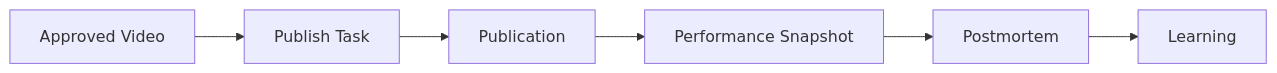
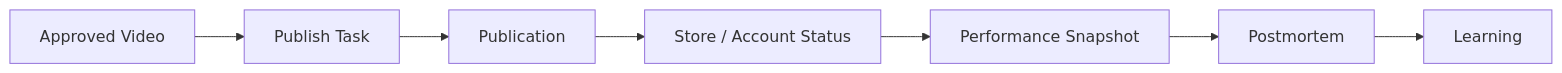
Before and after one commit to SONG-36/TK_Video_Intelligence_Workbench: the fourth of 7 diagrams in 02_DELIVERY_RELEASES.md, drawn with Mermaid. The commit also changed other lines of this file and 9 other files, not shown here.

````diff
--- a/02_DELIVERY_RELEASES.md
+++ b/02_DELIVERY_RELEASES.md
@@ -74,11 +94,12 @@
 ```mermaid
 flowchart LR
     A[Approved Video]
     B[Publish Task]
     C[Publication]
-    D[Performance Snapshot]
-    E[Postmortem]
-    F[Learning]
+    D[Store / Account Status]
+    E[Performance Snapshot]
+    F[Postmortem]
+    G[Learning]
 
-    A --> B --> C --> D --> E --> F
+    A --> B --> C --> D --> E --> F --> G
 ```
````
